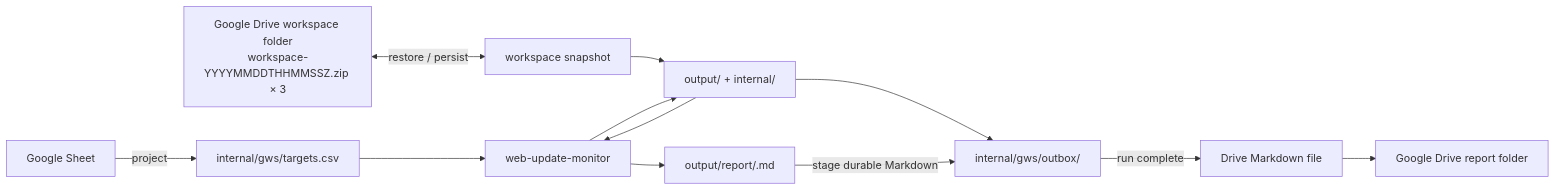
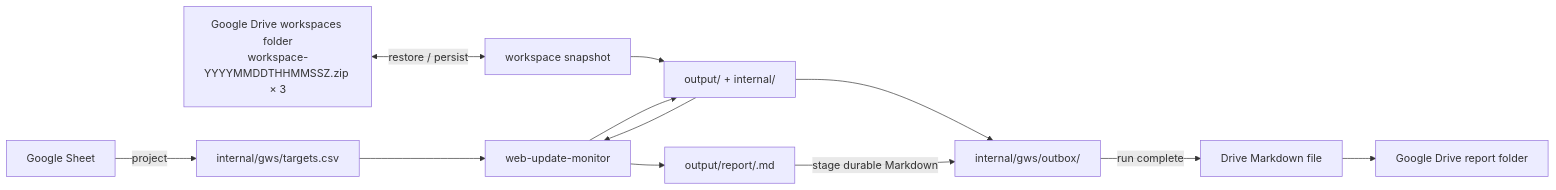
The diagram in skills/web-update-monitor-gws/SKILL.md (dceoy/wsum), drawn with Mermaid before and after one commit. The commit also changed other lines of this file, not shown here.

Commit message:
Rename Drive workspace folder to workspaces

````diff
--- a/skills/web-update-monitor-gws/SKILL.md
+++ b/skills/web-update-monitor-gws/SKILL.md
@@ -16,14 +16,14 @@
 ```mermaid
 flowchart LR
     GS["Google Sheet"] -->|project| CSV["internal/gws/targets.csv"]
-    DS["Google Drive workspace folder<br/>workspace-YYYYMMDDTHHMMSSZ.zip × 3"] <-->|restore / persist| WS["workspace snapshot"]
+    DS["Google Drive workspaces folder<br/>workspace-YYYYMMDDTHHMMSSZ.zip × 3"] <-->|restore / persist| WS["workspace snapshot"]
     WS --> WORKSPACE["output/ + internal/"]
     CSV --> CORE["web-update-monitor"]
     WORKSPACE --> CORE
     CORE --> WORKSPACE
     CORE --> REPORT["output/report/<run-id>.md"]
     WORKSPACE --> OUT["internal/gws/outbox/"]
     REPORT -->|stage durable Markdown| OUT
     OUT -->|run complete| GMD["Drive Markdown file"]
     GMD --> DR["Google Drive report folder"]
 ```
````
